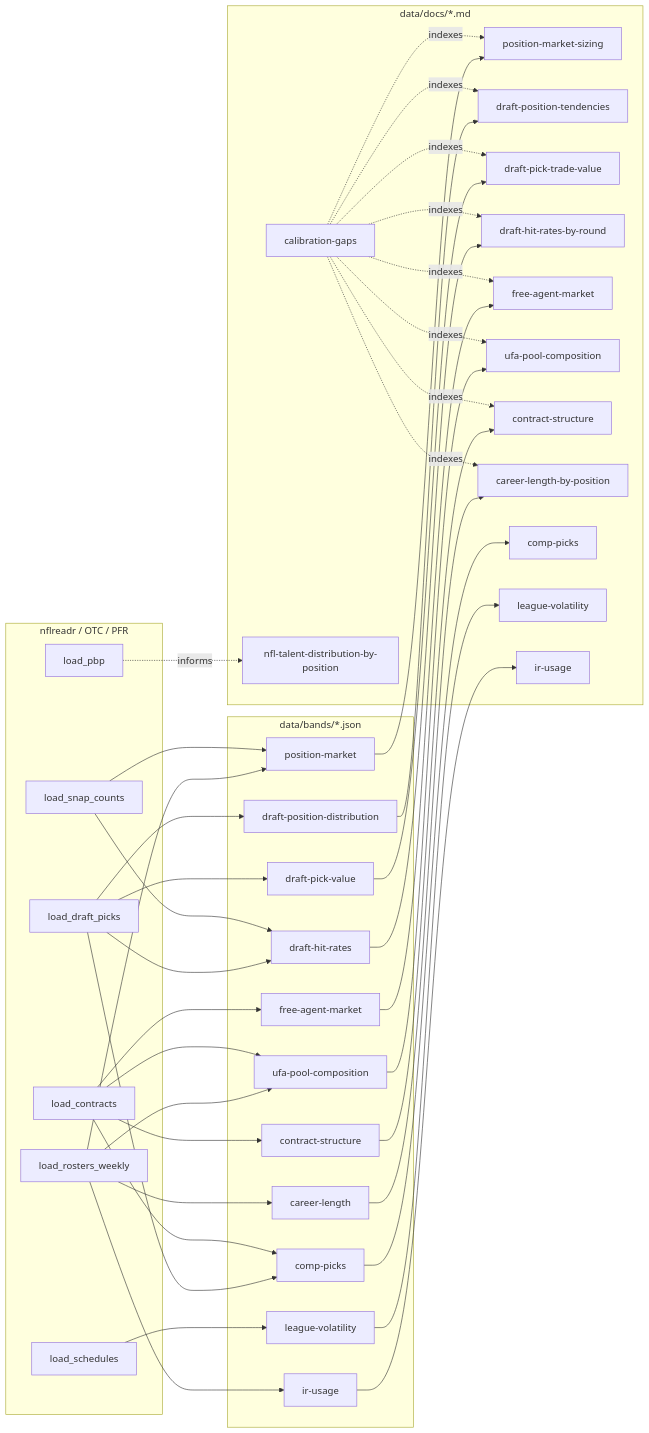
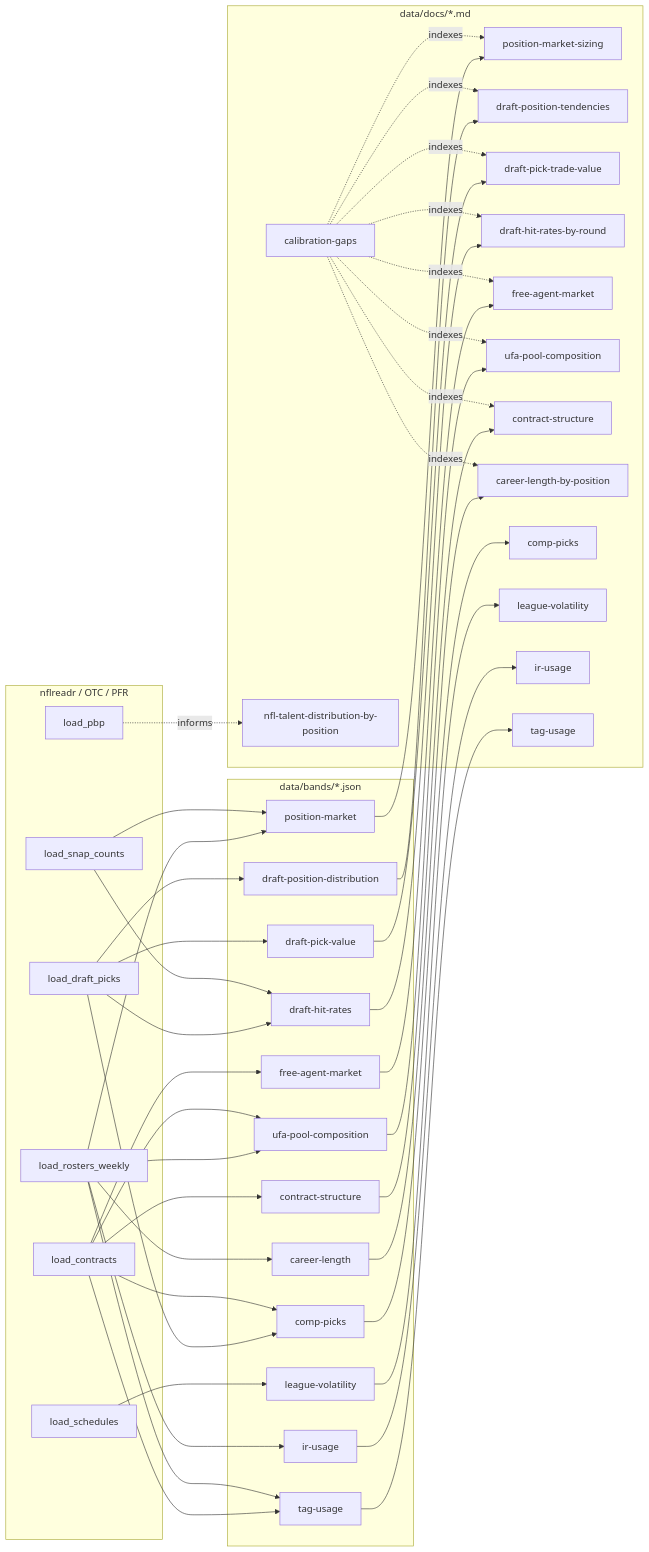
The diagram in data/docs/README.md (Tiernebre/zone-blitz), drawn with Mermaid before and after one commit. The commit also changed other lines of this file and 3 other files, not shown here.

````diff
--- a/data/docs/README.md
+++ b/data/docs/README.md
@@ -15,60 +15,64 @@
 ```mermaid
 flowchart LR
     subgraph Sources["nflreadr / OTC / PFR"]
         PBP[load_pbp]
         ROS[load_rosters_weekly]
         SNAP[load_snap_counts]
         DRAFT[load_draft_picks]
         CTR[load_contracts]
         SCH[load_schedules]
     end
 
     subgraph Bands["data/bands/*.json"]
         B1[position-market]
         B2[draft-position-distribution]
         B3[draft-pick-value]
         B4[draft-hit-rates]
         B5[free-agent-market]
         B5b[ufa-pool-composition]
         B6[contract-structure]
         B7[career-length]
         B8[comp-picks]
         B9[league-volatility]
         B10[ir-usage]
+        B11[tag-usage]
     end
 
     subgraph Docs["data/docs/*.md"]
         D0[calibration-gaps]
         D1[position-market-sizing]
         D2[draft-position-tendencies]
         D3[draft-pick-trade-value]
         D4[draft-hit-rates-by-round]
         D5[free-agent-market]
         D5b[ufa-pool-composition]
         D6[contract-structure]
         D7[career-length-by-position]
         D8[nfl-talent-distribution-by-position]
         D9[comp-picks]
         D10[league-volatility]
         D11[ir-usage]
+        D12[tag-usage]
     end
 
     ROS --> B1 --> D1
     DRAFT --> B2 --> D2
     DRAFT --> B3 --> D3
     DRAFT --> B4 --> D4
     CTR --> B5 --> D5
     ROS --> B5b --> D5b
     CTR --> B5b
     CTR --> B6 --> D6
     ROS --> B7 --> D7
     DRAFT --> B8 --> D9
     CTR --> B8
     PBP -. informs .-> D8
     SNAP --> B1
     SNAP --> B4
     SCH --> B9 --> D10
     ROS --> B10 --> D11
+    CTR --> B11 --> D12
+    ROS --> B11
 
     D0 -. indexes .-> D1 & D2 & D3 & D4 & D5 & D5b & D6 & D7
 ```
````
